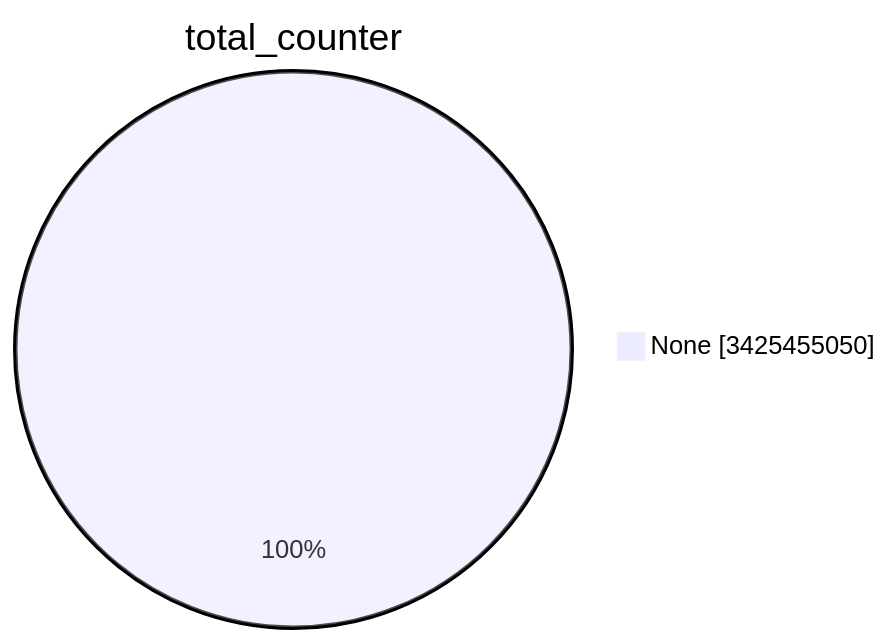
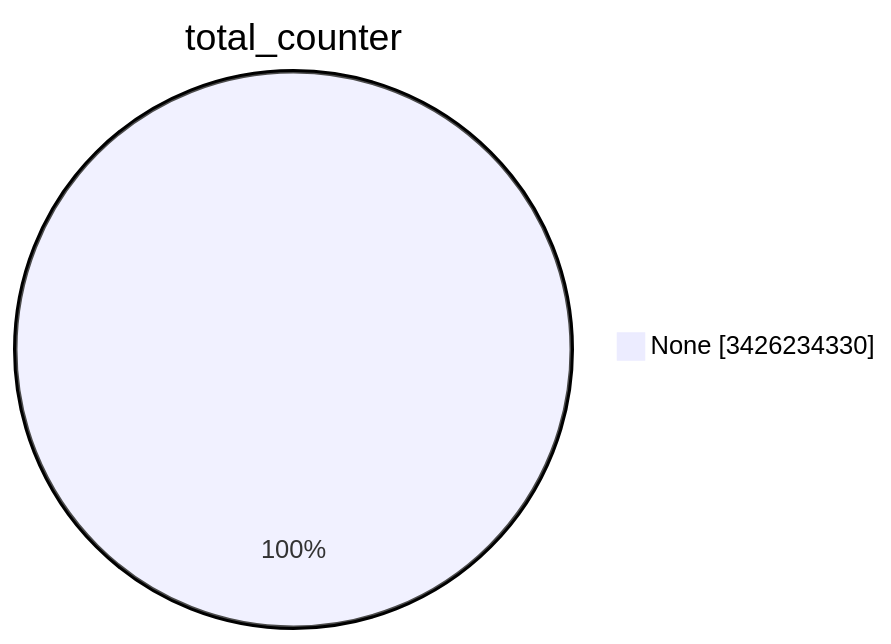
The first of 15 diagrams in TOTAL/README.md (christiankrug/ctmonitor_visualization), drawn with Mermaid before and after one commit. The commit also changed other lines of this file, not shown here.

````diff
--- a/TOTAL/README.md
+++ b/TOTAL/README.md
@@ -1,5 +1,5 @@
 ```mermaid
 pie showData
 title total_counter
-"None" :3425455050
+"None" :3426234330
 ```
````
